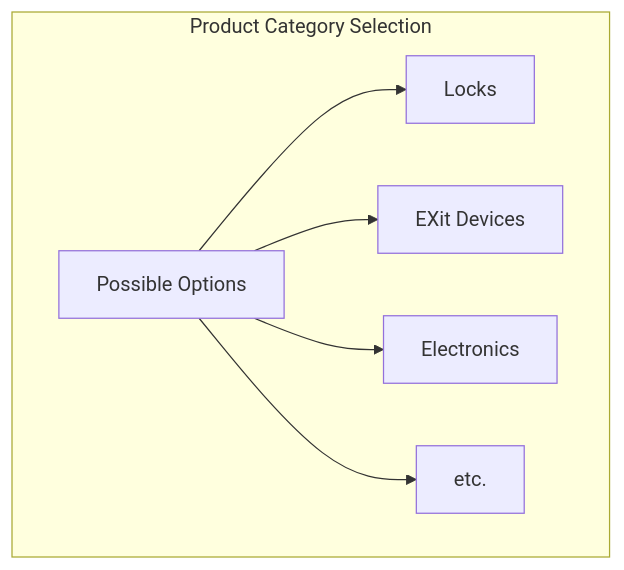
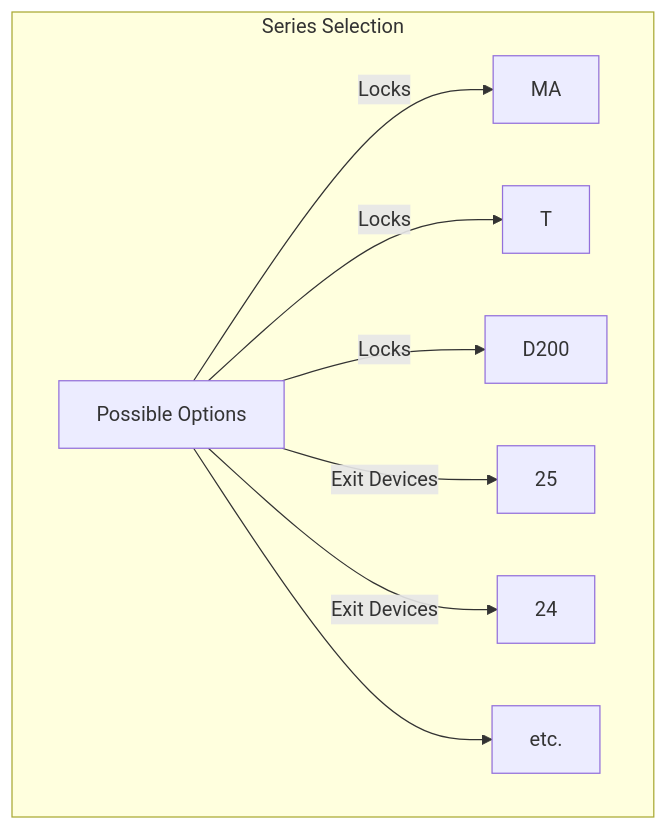
Before and after one commit to alokdas81/diamond-pricebook-diagram: the fifth of 18 diagrams in README.md, drawn with Mermaid. The commit also changed other lines of this file, not shown here.

````diff
--- a/README.md
+++ b/README.md
@@ -312,18 +312,22 @@
 ```mermaid
 flowchart TD
 
 
-subgraph Product Category Selection
+subgraph Series Selection
 A[Possible Options]
-B[Locks]
-D[EXit Devices]
-E[Electronics]
-F[etc.]
+B[MA] 
+C[T]
+D[D200]
+E[25]
+F[24]
+G[etc.]
 end
 
+A --> |Locks| B
+A --> |Locks| C
+A --> |Locks| D
+A --> |Exit Devices| E
+A --> |Exit Devices| F
+A --> G
 
-A --> B
-A --> D
-A --> E
-A --> F
 ```
````
